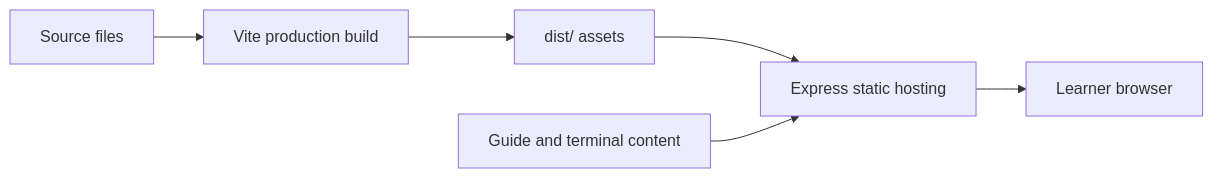
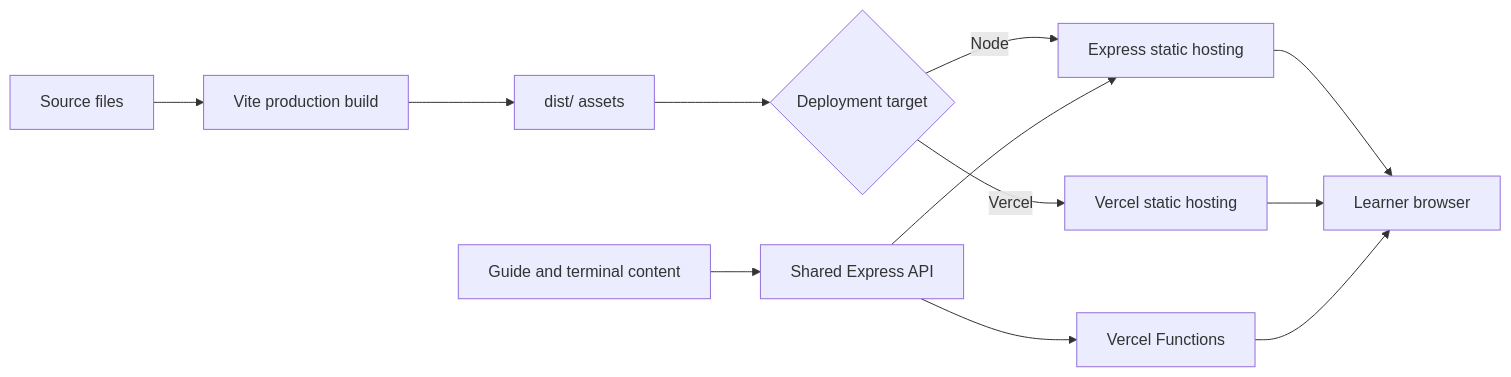
The ninth of 9 diagrams in docs/ARCHITECTURE.md (MoriartyLink/git-guide), drawn with Mermaid before and after one commit. The commit also changed other lines of this file and 10 other files, not shown here.

Commit message:
Add Vercel API functions and expanded contributor lessons

````diff
--- a/docs/ARCHITECTURE.md
+++ b/docs/ARCHITECTURE.md
@@ -328,8 +332,14 @@
 ```mermaid
 flowchart LR
     Source["Source files"] --> Vite["Vite production build"]
     Vite --> Dist["dist/ assets"]
-    Dist --> Express["Express static hosting"]
-    Guide["Guide and terminal content"] --> Express
+    Dist --> Host{"Deployment target"}
+    Host -->|Node| Express["Express static hosting"]
+    Host -->|Vercel| CDN["Vercel static hosting"]
+    Guide["Guide and terminal content"] --> API["Shared Express API"]
+    API --> Express
+    API --> Functions["Vercel Functions"]
     Express --> Browser["Learner browser"]
+    CDN --> Browser
+    Functions --> Browser
 ```
````
